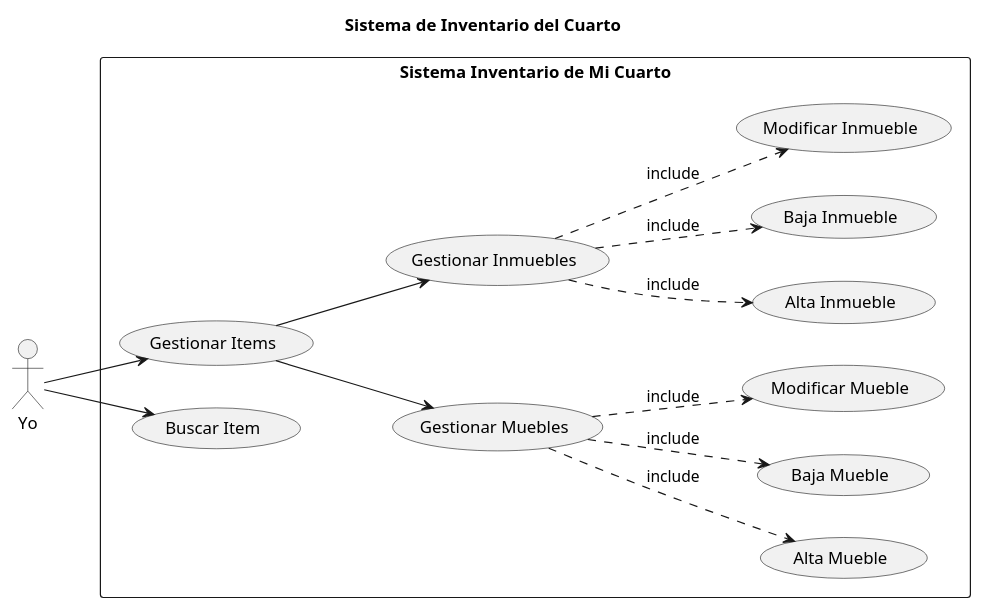
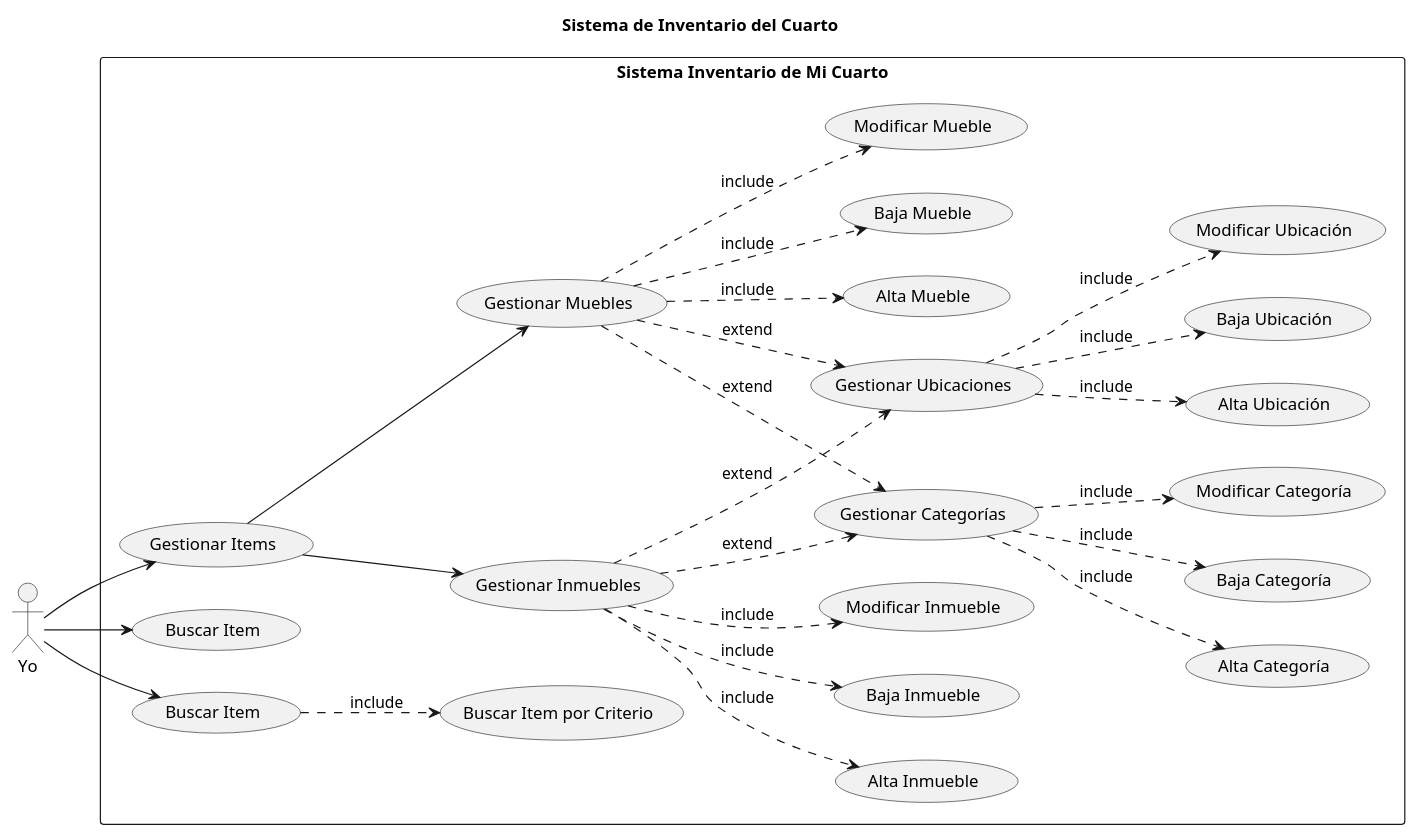
One commit to ricardouriegas/inventario-dormitorio changed the diagram in documentation/UML.puml. Above: the diagram before and after it, drawn with PlantUML. The commit also changed 1 other file, not shown here.

```diff
--- a/documentation/UML.puml
+++ b/documentation/UML.puml
@@ -1,40 +1,74 @@
 @startuml cuarto
 ' view in vertical direction
 left to right direction
 title Sistema de Inventario del Cuarto
 
 :Yo: as Admin
 
 rectangle "Sistema Inventario de Mi Cuarto" {
     (Gestionar Items) as CU1
     (Gestionar Muebles) as CU2
     (Gestionar Inmuebles) as CU3
     (Buscar Item) as CU4
+    (Gestionar Categorías) as CU5
+    (Gestionar Ubicaciones) as CU6
+    (Buscar Item) as CU7
 
     ' mueble
     (Alta Mueble) as CU2.1
     (Baja Mueble) as CU2.2
     (Modificar Mueble) as CU2.3
 
     ' inmueble
     (Alta Inmueble) as CU3.1
     (Baja Inmueble) as CU3.2
     (Modificar Inmueble) as CU3.3
 
+    ' categorías
+    (Alta Categoría) as CU5.1
+    (Baja Categoría) as CU5.2
+    (Modificar Categoría) as CU5.3
+
+    ' ubicaciones
+    (Alta Ubicación) as CU6.1
+    (Baja Ubicación) as CU6.2
+    (Modificar Ubicación) as CU6.3
+
+    ' buscar item
+    (Buscar Item por Criterio) as CU7.1
+
     CU2 .-> CU2.1 : include
     CU2 .-> CU2.2 : include
     CU2 .-> CU2.3 : include
 
     CU3 .-> CU3.1 : include
     CU3 .-> CU3.2 : include
     CU3 .-> CU3.3 : include
 
+    CU5 .-> CU5.1 : include
+    CU5 .-> CU5.2 : include
+    CU5 .-> CU5.3 : include
+
+    CU6 .-> CU6.1 : include
+    CU6 .-> CU6.2 : include
+    CU6 .-> CU6.3 : include
+
+    CU7 .-> CU7.1 : include
+
+    CU2 .-> CU5 : extend
+    CU2 .-> CU6 : extend
+    
+    CU3 .-> CU5 : extend
+    CU3 .-> CU6 : extend
 }
 
 CU1 --> CU2
 CU1 --> CU3
+' CU1 --> CU5
+' CU1 --> CU6
 
 Admin --> CU1
 Admin --> CU4
+Admin --> CU7
 
 @enduml
```
